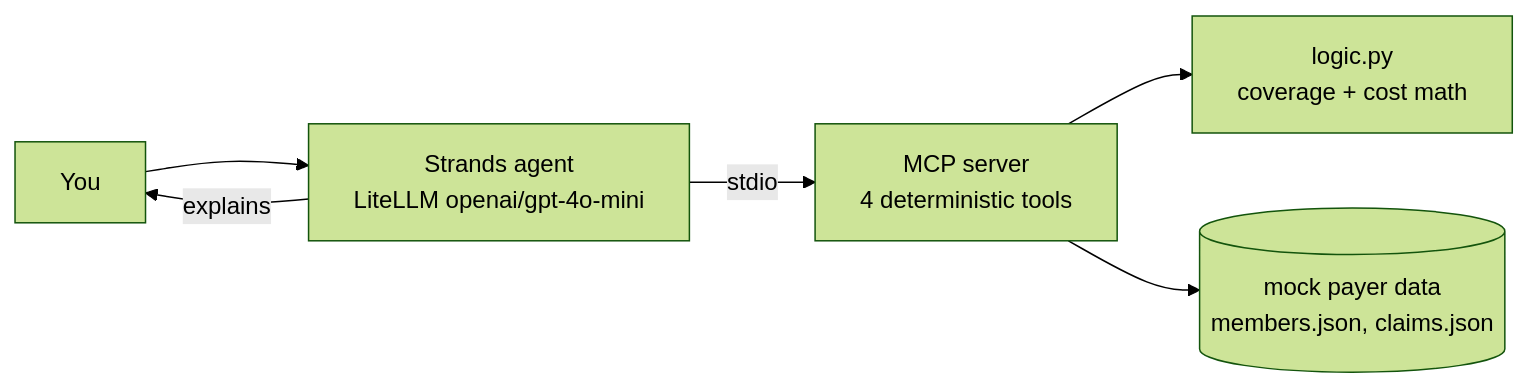
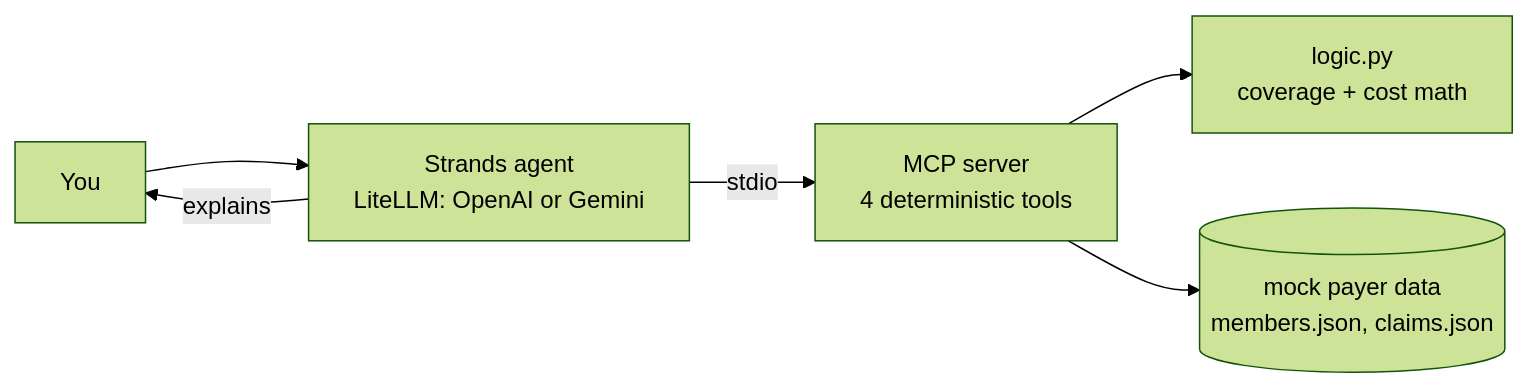
One commit to balasaikunapareddi/agent-eligibility-claims changed the diagram in README.md. Above: the diagram before and after it, drawn with Mermaid (forest theme). The commit also changed other lines of this file and 7 other files, not shown here.

First line of the commit message:
Gemini free tier: make demo-gemini runs LiteLLM gemini-3.5-flash-lite

````diff
--- a/README.md
+++ b/README.md
@@ -39,8 +39,8 @@
 ```mermaid
 flowchart LR
-    U[You] --> A[Strands agent\nLiteLLM openai/gpt-4o-mini]
+    U[You] --> A[Strands agent\nLiteLLM: OpenAI or Gemini]
     A -->|stdio| M[MCP server\n4 deterministic tools]
     M --> L[logic.py\ncoverage + cost math]
     M --> D[(mock payer data\nmembers.json, claims.json)]
     A -->|explains| U
 ```
````
